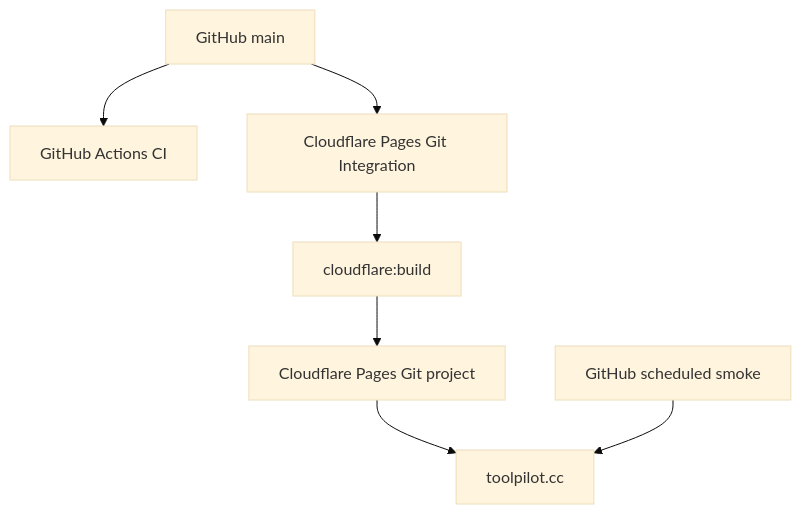
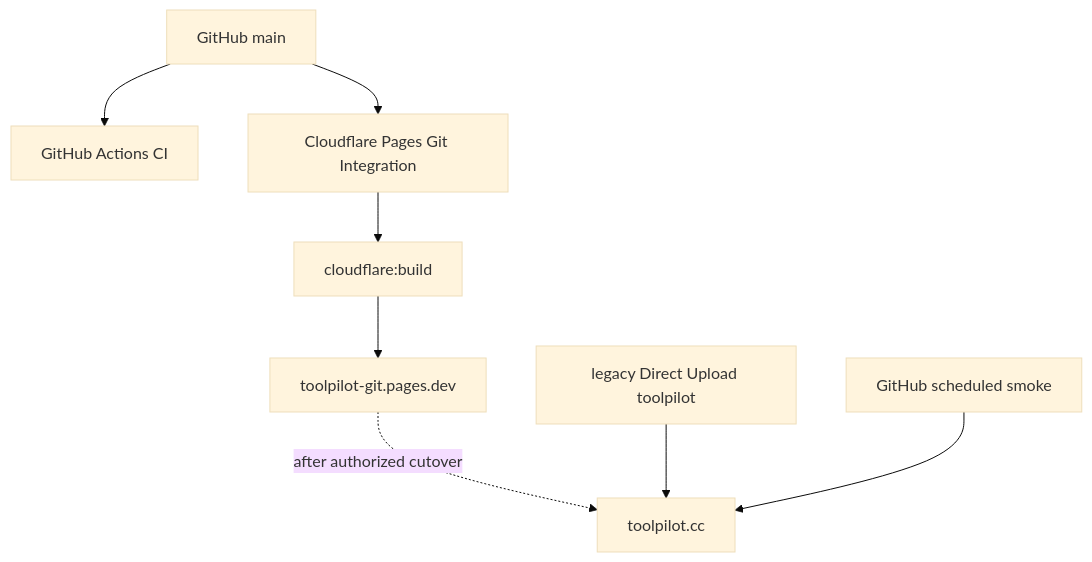
The second of 2 diagrams in ARCHITECTURE.md (yubinhong/toolpilot), drawn with Mermaid (base theme) before and after one commit. The commit also changed other lines of this file and 4 other files, not shown here.

Commit message:
docs(architecture): record pages migration state

````diff
--- a/ARCHITECTURE.md
+++ b/ARCHITECTURE.md
@@ -141,9 +141,10 @@
 ```mermaid
 flowchart TD
     R[GitHub main] --> CI[GitHub Actions CI]
     R --> CF[Cloudflare Pages Git Integration]
     CF --> B[cloudflare:build]
-    B --> H[Cloudflare Pages Git project]
-    H --> D[toolpilot.cc]
+    B --> H[toolpilot-git.pages.dev]
+    H -. after authorized cutover .-> D[toolpilot.cc]
+    L[legacy Direct Upload toolpilot] --> D
     M[GitHub scheduled smoke] --> D
 ```
````
